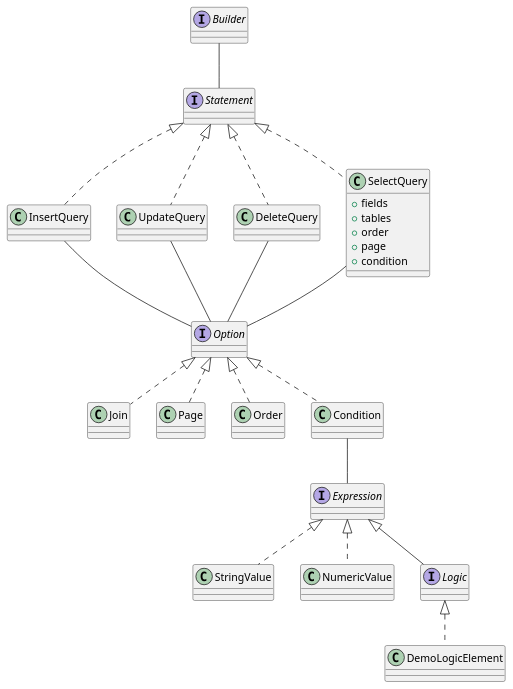
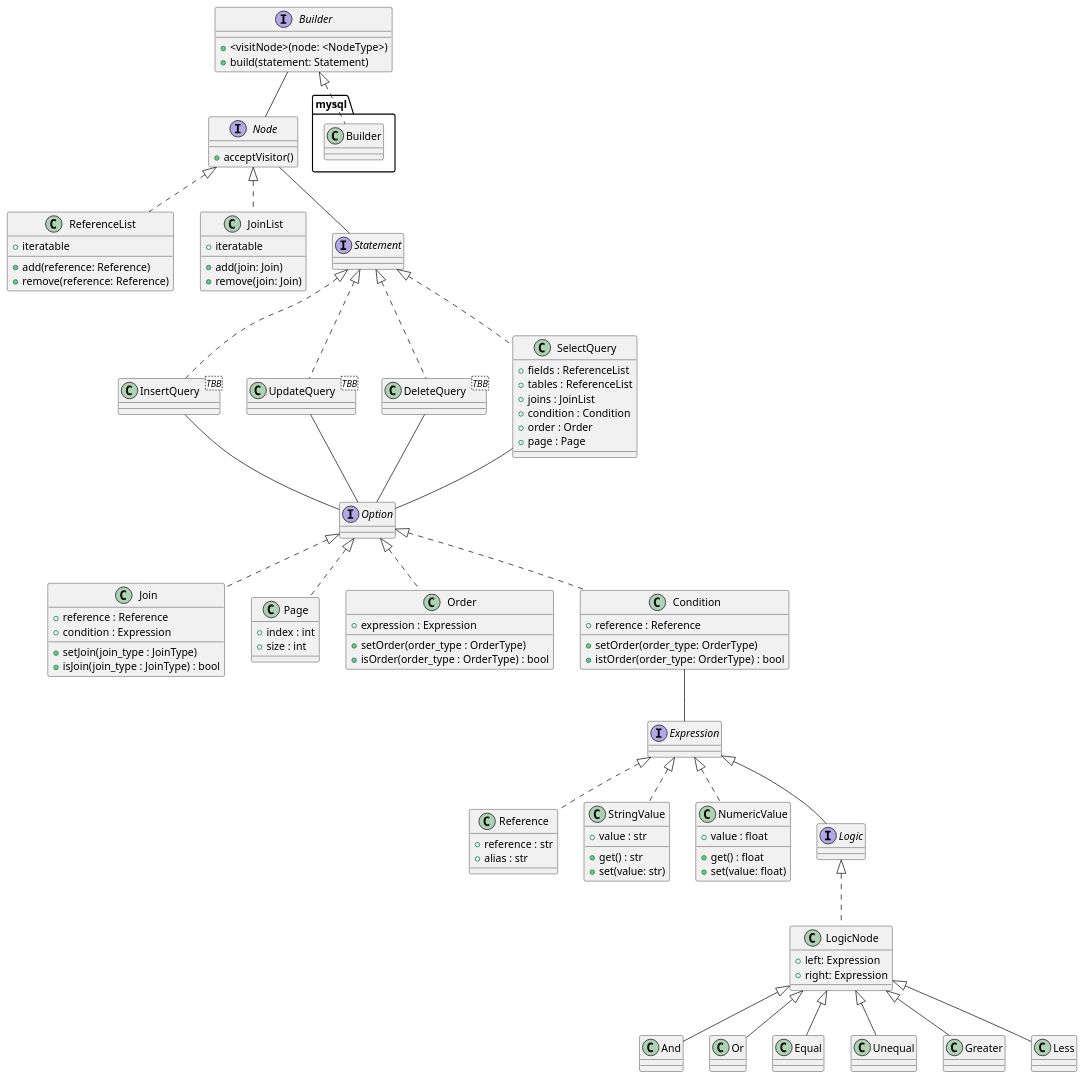
Before and after one commit to TeamQuiet/pySqlQueryBuilder: the diagram in doc/uml/arch.puml, drawn with PlantUML. The commit also changed 3 other files, not shown here.

```diff
--- a/doc/uml/arch.puml
+++ b/doc/uml/arch.puml
@@ -1,46 +1,100 @@
 @startuml
 
-    interface Builder {}
+    interface Builder {
+        + <visitNode>(node: <NodeType>)
+        + build(statement: Statement)
+    }
+
+    class mysql.Builder implements Builder {}
+
+    interface Node {
+        + acceptVisitor()
+    }
+
+    class ReferenceList implements Node {
+        + add(reference: Reference)
+        + remove(reference: Reference)
+        + iteratable
+    }
+
+    class JoinList implements Node {
+        + add(join: Join)
+        + remove(join: Join)
+        + iteratable
+    }
 
     interface Statement {}
 
-    class InsertQuery implements Statement {}
-    class UpdateQuery implements Statement {}
-    class DeleteQuery implements Statement {}
+    class InsertQuery <TBB> implements Statement {}
+    class UpdateQuery <TBB> implements Statement {}
+    class DeleteQuery <TBB> implements Statement {}
     class SelectQuery implements Statement {
-        + fields
-        + tables
-        + order
-        + page
-        + condition
+        + fields : ReferenceList
+        + tables : ReferenceList
+        + joins : JoinList
+        + condition : Condition
+        + order : Order
+        + page : Page
     }
 
 
     interface Option {}
     class Join implements Option {
-
+        + reference : Reference
+        + condition : Expression
+        + setJoin(join_type : JoinType)
+        + isJoin(join_type : JoinType) : bool
     }
     class Page implements Option {
-
+        + index : int
+        + size : int
     }
     class Order implements Option {
-
+        + expression : Expression
+        + setOrder(order_type : OrderType)
+        + isOrder(order_type : OrderType) : bool
     }
     class Condition implements Option {
+        + reference : Reference
+        + setOrder(order_type: OrderType)
+        + istOrder(order_type: OrderType) : bool
     }
 
     interface Expression {}    
-    class StringValue implements Expression {}
-    class NumericValue implements Expression {}
+    class Reference implements Expression {
+        + reference : str
+        + alias : str
+    }
+    class StringValue implements Expression {
+        + value : str
+        + get() : str
+        + set(value: str)
+    }
+    class NumericValue implements Expression {
+        + value : float
+        + get() : float
+        + set(value: float)
+    }
     interface Logic extends Expression {}
-    class DemoLogicElement implements Logic {}
+    class LogicNode implements Logic {
+        + left: Expression
+        + right: Expression
+    }
+    class And extends LogicNode {}
+    class Or extends LogicNode {}
+    class Equal extends LogicNode {}
+    class Unequal extends LogicNode {}
+    class Greater extends LogicNode {}
+    class Less extends LogicNode {}
 
     Condition -- Expression
 
-    Builder -- Statement
+    Builder -- Node
+    Node -- Statement
+
     InsertQuery -- Option
     UpdateQuery -- Option
     DeleteQuery -- Option
     SelectQuery -- Option
 
 @enduml
```
